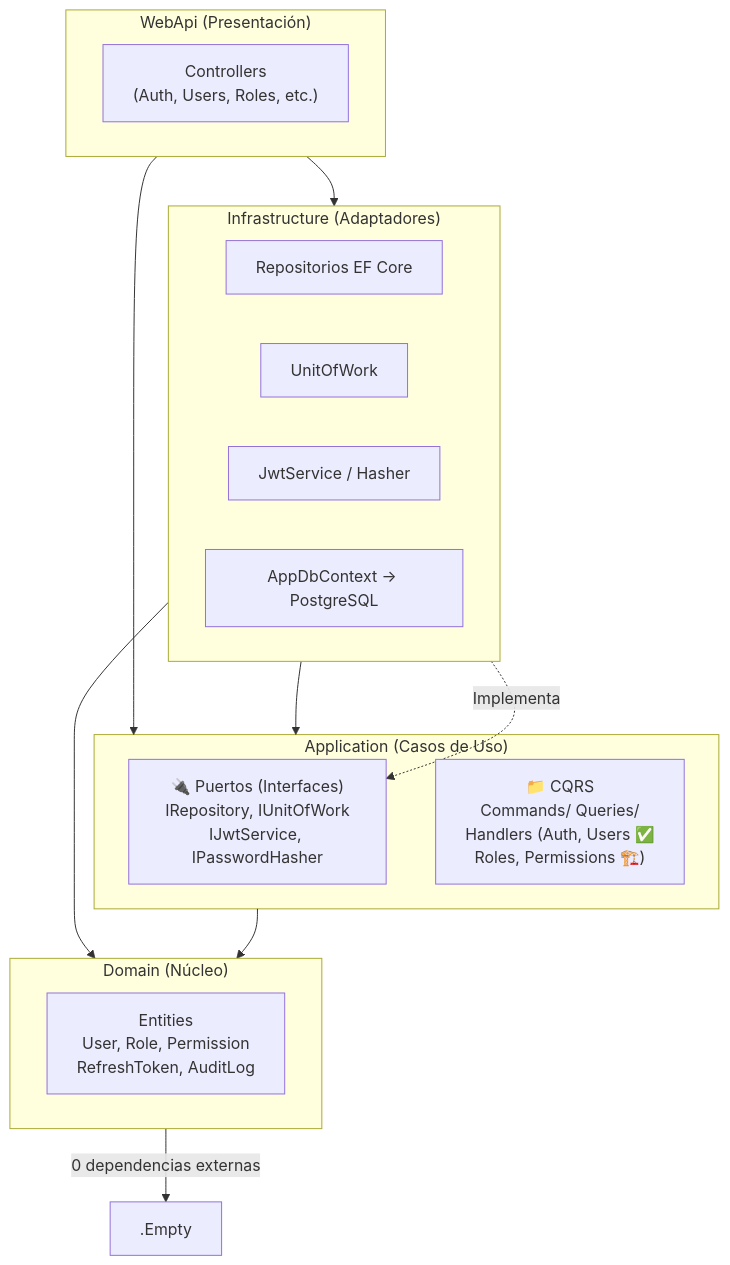
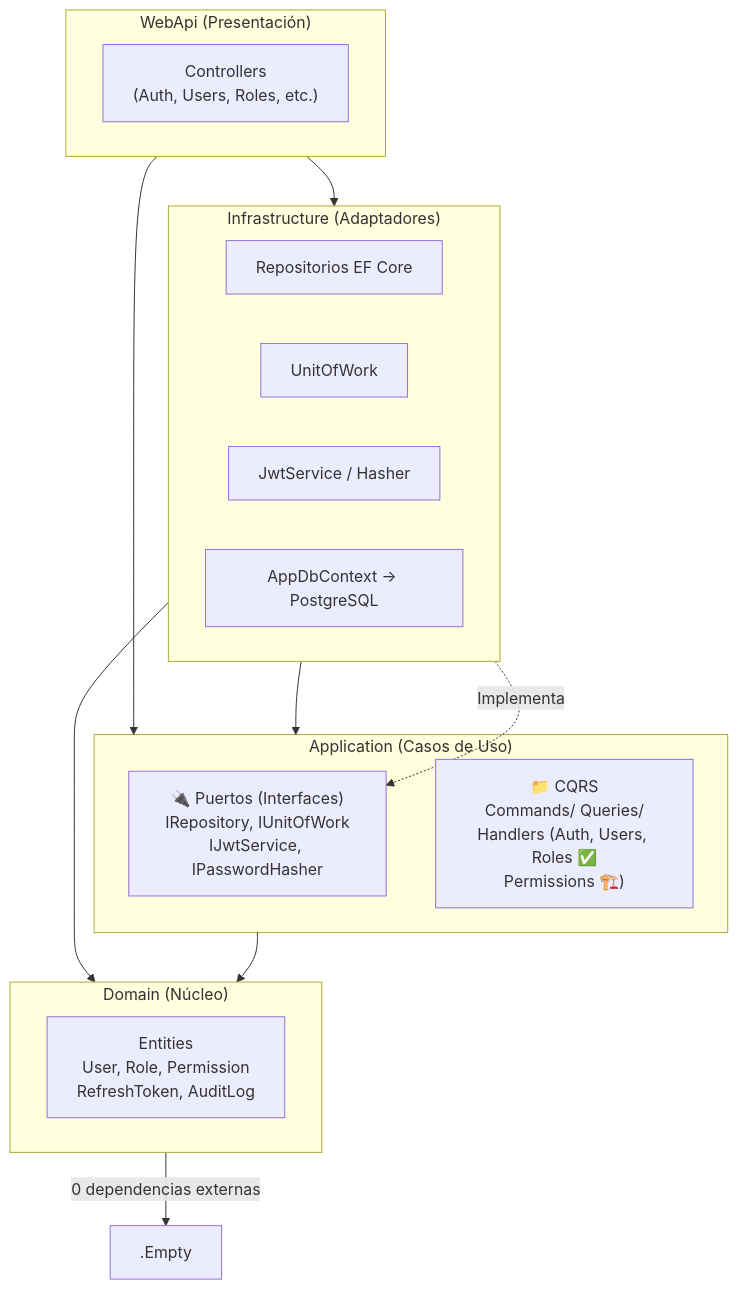
One commit to edgardo001/app-base-net-react changed the diagram in README.md. Above: the diagram before and after it, drawn with Mermaid. The commit also changed other lines of this file and 1 other file, not shown here.

Commit message:
docs: update architecture status in README and AGENTS
- README.md diagram and text: Roles promoted from 🏗️ to ✅ (CQRS
  migration completed with 7 handlers)
- AGENTS.md: add Roles CRUD row in orchestration table, update
  validation pipeline to include Roles, widen validator reference

````diff
--- a/README.md
+++ b/README.md
@@ -68,31 +68,31 @@
 ```mermaid
 graph TD
     subgraph WebApi["WebApi (Presentación)"]
         Controllers["Controllers<br/>(Auth, Users, Roles, etc.)"]
     end
 
     subgraph Application["Application (Casos de Uso)"]
         Ports["🔌 Puertos (Interfaces)<br/>IRepository, IUnitOfWork<br/>IJwtService, IPasswordHasher"]
-        CQRS["📁 CQRS<br/>Commands/ Queries/<br/>Handlers (Auth, Users ✅<br/>Roles, Permissions 🏗️)"]
+        CQRS["📁 CQRS<br/>Commands/ Queries/<br/>Handlers (Auth, Users, Roles ✅<br/>Permissions 🏗️)"]
     end
 
     subgraph Domain["Domain (Núcleo)"]
         Entities["Entities<br/>User, Role, Permission<br/>RefreshToken, AuditLog"]
     end
 
     subgraph Infrastructure["Infrastructure (Adaptadores)"]
         Repos["Repositorios EF Core"]
         UoW["UnitOfWork"]
         Jwt["JwtService / Hasher"]
         DbCtx["AppDbContext → PostgreSQL"]
     end
 
     WebApi --> Application
     WebApi --> Infrastructure
     Infrastructure --> Application
     Infrastructure --> Domain
     Application --> Domain
     Domain -->|"0 dependencias externas"| .Empty
 
     Infrastructure -.->|"Implementa"| Ports
 ```
````
